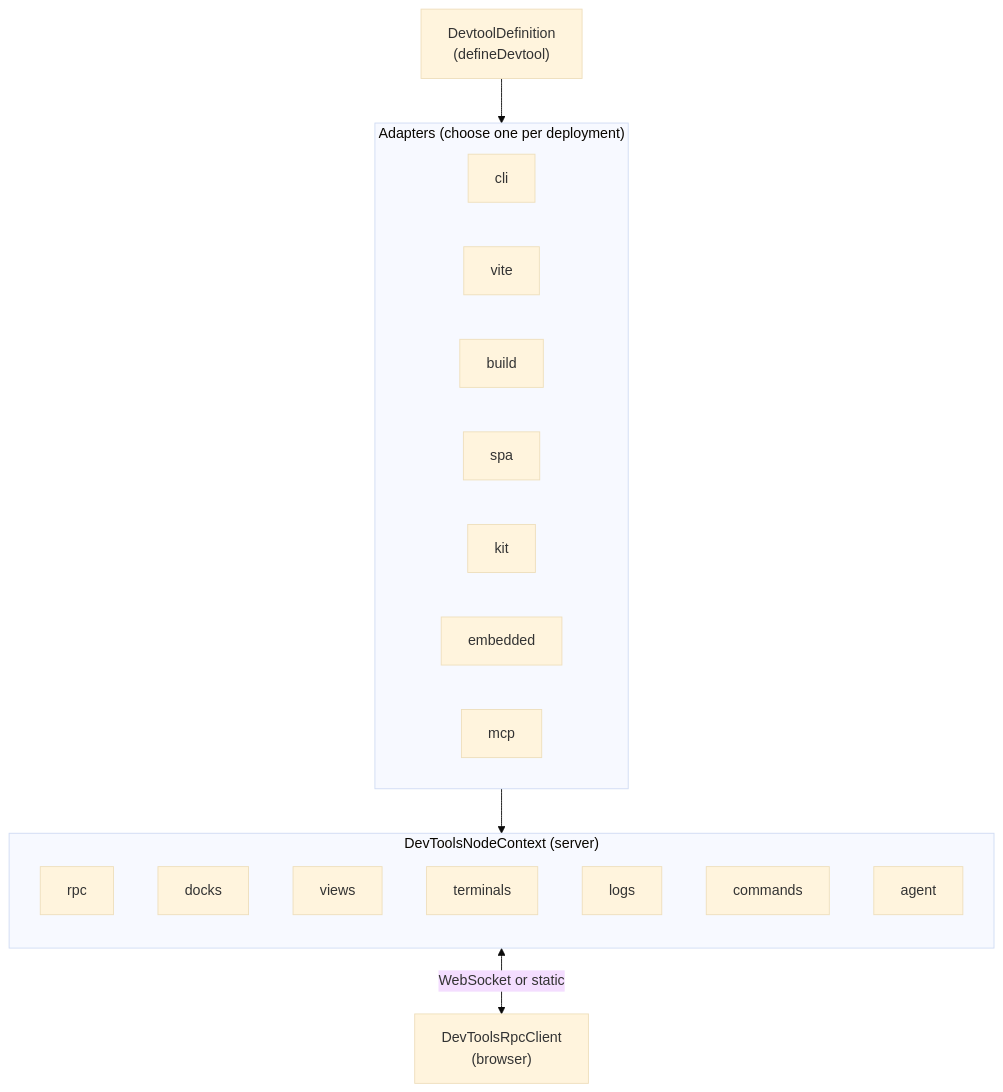
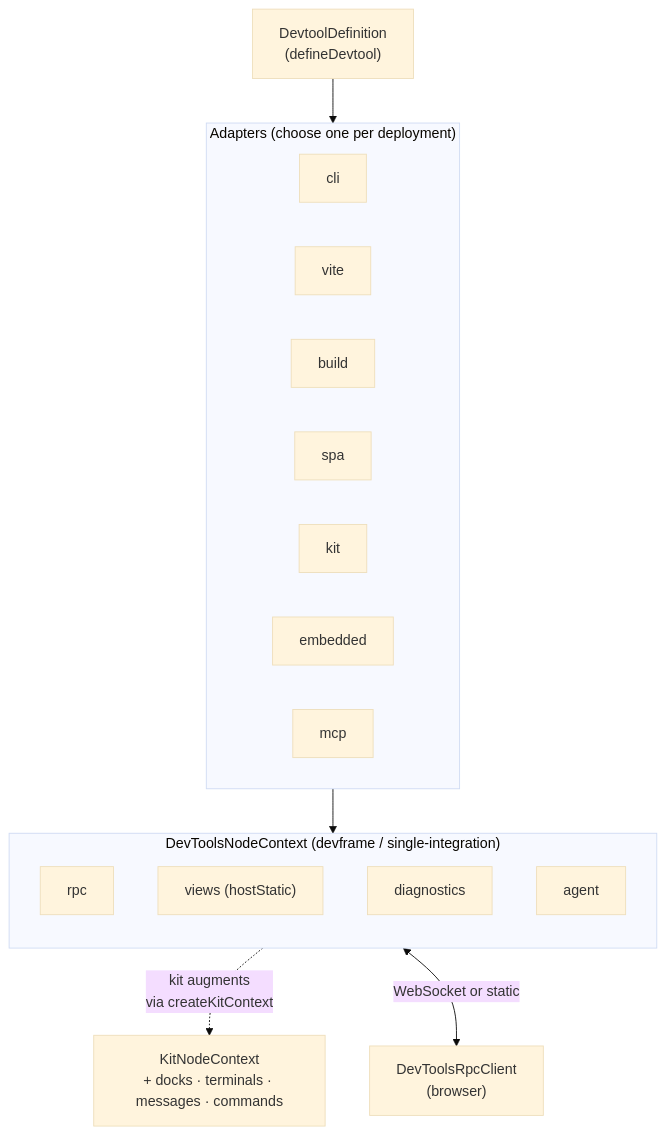
One commit to vitejs/devtools changed the diagram in devframe/docs/guide/index.md. Above: the diagram before and after it, drawn with Mermaid (base theme). The commit also changed other lines of this file and 117 other files, not shown here.

Commit message:
fix(devframe)!: decouple docks/terminals/messages/commands from devframe (#317)

````diff
--- a/devframe/docs/guide/index.md
+++ b/devframe/docs/guide/index.md
@@ -41,30 +42,28 @@
 ```mermaid
 flowchart TB
   Definition["DevtoolDefinition<br/>(defineDevtool)"]
   Definition --> Adapters
 
   subgraph Adapters["Adapters (choose one per deployment)"]
     CLI["cli"]
     Vite["vite"]
     Build["build"]
     SPA["spa"]
     Kit["kit"]
     Embedded["embedded"]
     MCP["mcp"]
   end
 
   Adapters --> Ctx["DevToolsNodeContext"]
 
-  subgraph Ctx["DevToolsNodeContext (server)"]
+  subgraph Ctx["DevToolsNodeContext (devframe / single-integration)"]
     direction TB
     RPC["rpc"]
-    Docks["docks"]
-    Views["views"]
-    Terminals["terminals"]
-    Logs["logs"]
-    Commands["commands"]
+    Views["views (hostStatic)"]
+    Diagnostics["diagnostics"]
     Agent["agent"]
   end
 
+  Ctx -.->|kit augments<br/>via createKitContext| Hub["KitNodeContext<br/>+ docks · terminals · messages · commands"]
   Ctx <-->|WebSocket or static| Client["DevToolsRpcClient<br/>(browser)"]
 ```
````
